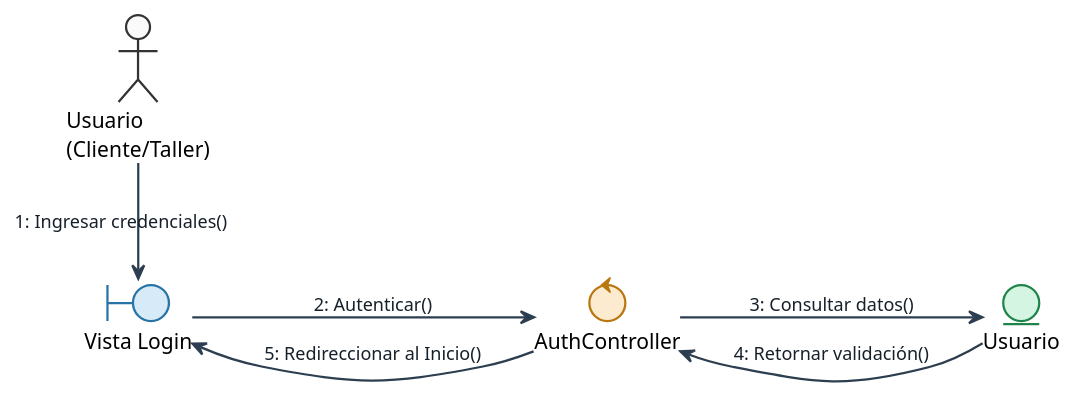
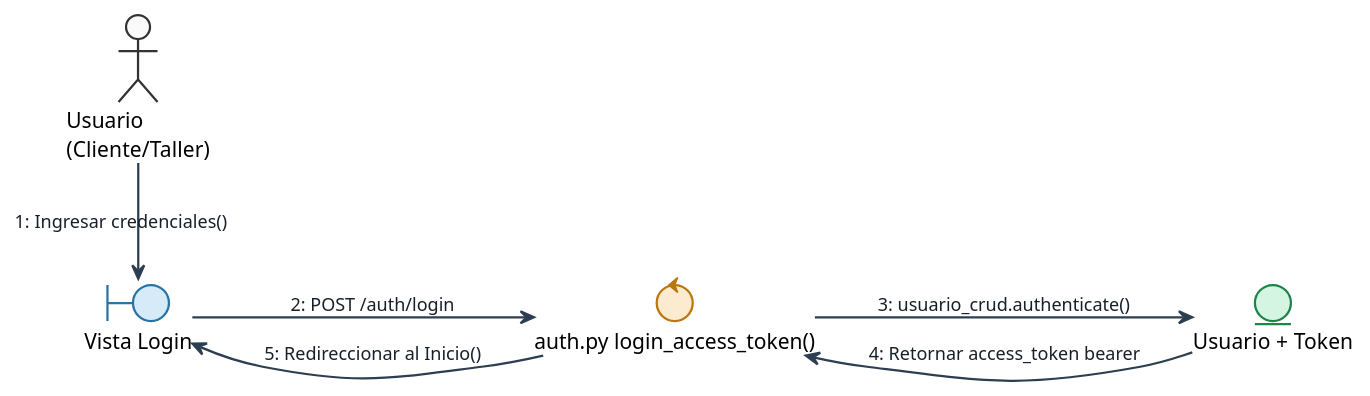
Before and after one commit to iAngie28/emergencia.vehicular: the diagram in uml/arquitectura_sistema/analisis_cu_1.puml, drawn with PlantUML. The commit also changed 147 other files, not shown here.

```diff
--- a/uml/arquitectura_sistema/analisis_cu_1.puml
+++ b/uml/arquitectura_sistema/analisis_cu_1.puml
@@ -1,48 +1,48 @@
 @startuml
 left to right direction
 
 ' --- Estilo Formal Enterprise Architect ---
 skinparam shadowing false
 skinparam defaultFontName sans-serif
 skinparam nodesep 60
 skinparam ranksep 70
 
 skinparam actor {
     BackgroundColor #FAFAFA
     BorderColor #333333
     BorderThickness 1.5
 }
 skinparam boundary {
     BackgroundColor #D6EAF8
     BorderColor #2874A6
     BorderThickness 1.5
 }
 skinparam control {
     BackgroundColor #FDEBD0
     BorderColor #B9770E
     BorderThickness 1.5
 }
 skinparam entity {
     BackgroundColor #D5F5E3
     BorderColor #1E8449
     BorderThickness 1.5
 }
 skinparam arrow {
     Color #2C3E50
     Thickness 1.5
     FontColor #17202A
     FontSize 12
 }
 ' ------------------------------------------
 
 actor "Usuario\n(Cliente/Taller)" as U
 boundary "Vista Login" as V
-control "AuthController" as C
-entity "Usuario" as E
+control "auth.py login_access_token()" as C
+entity "Usuario + Token" as E
 
 U -> V : 1: Ingresar credenciales()
-V -> C : 2: Autenticar()
-C -> E : 3: Consultar datos()
-E --> C : 4: Retornar validación()
+V -> C : 2: POST /auth/login
+C -> E : 3: usuario_crud.authenticate()
+E --> C : 4: Retornar access_token bearer
 C --> V : 5: Redireccionar al Inicio()
 @enduml
```
